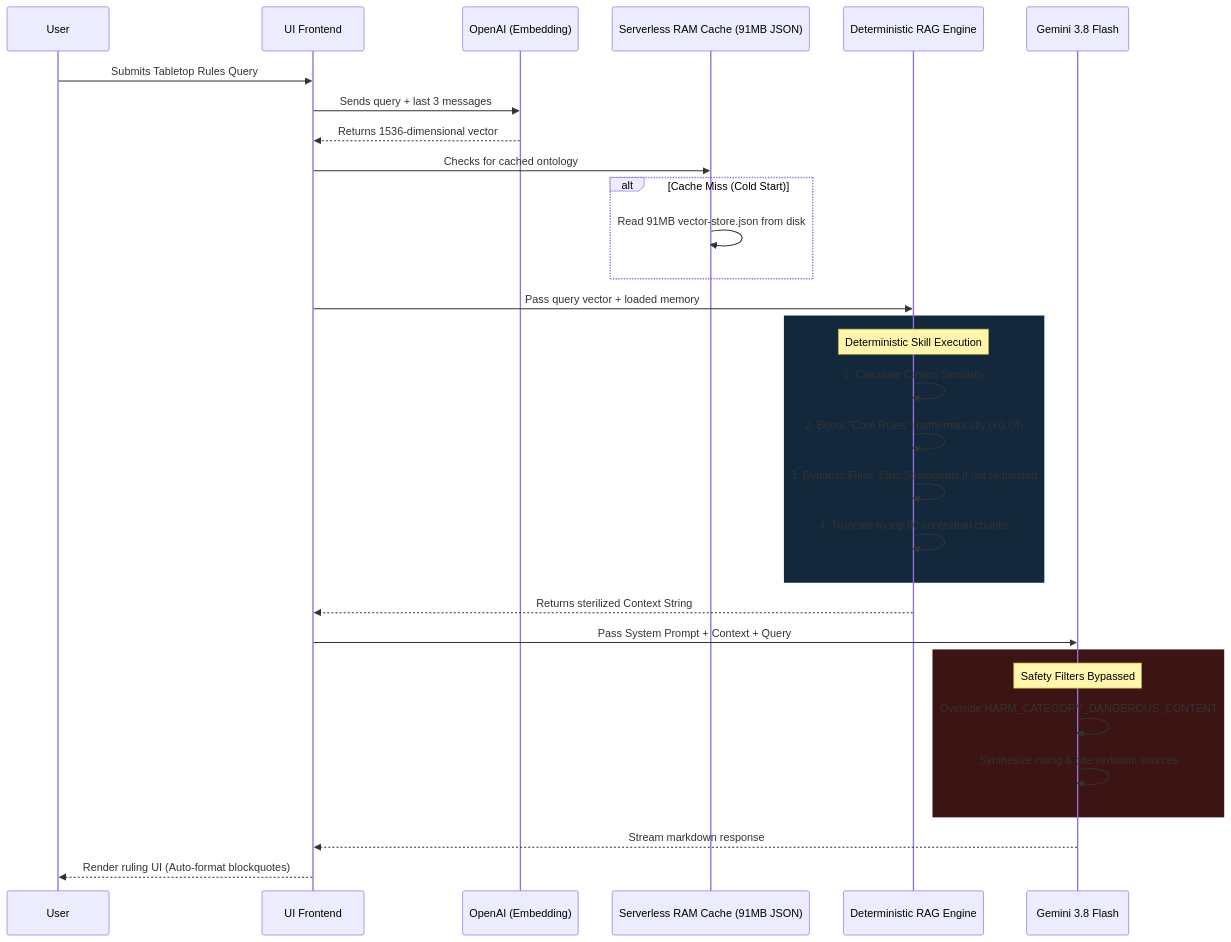
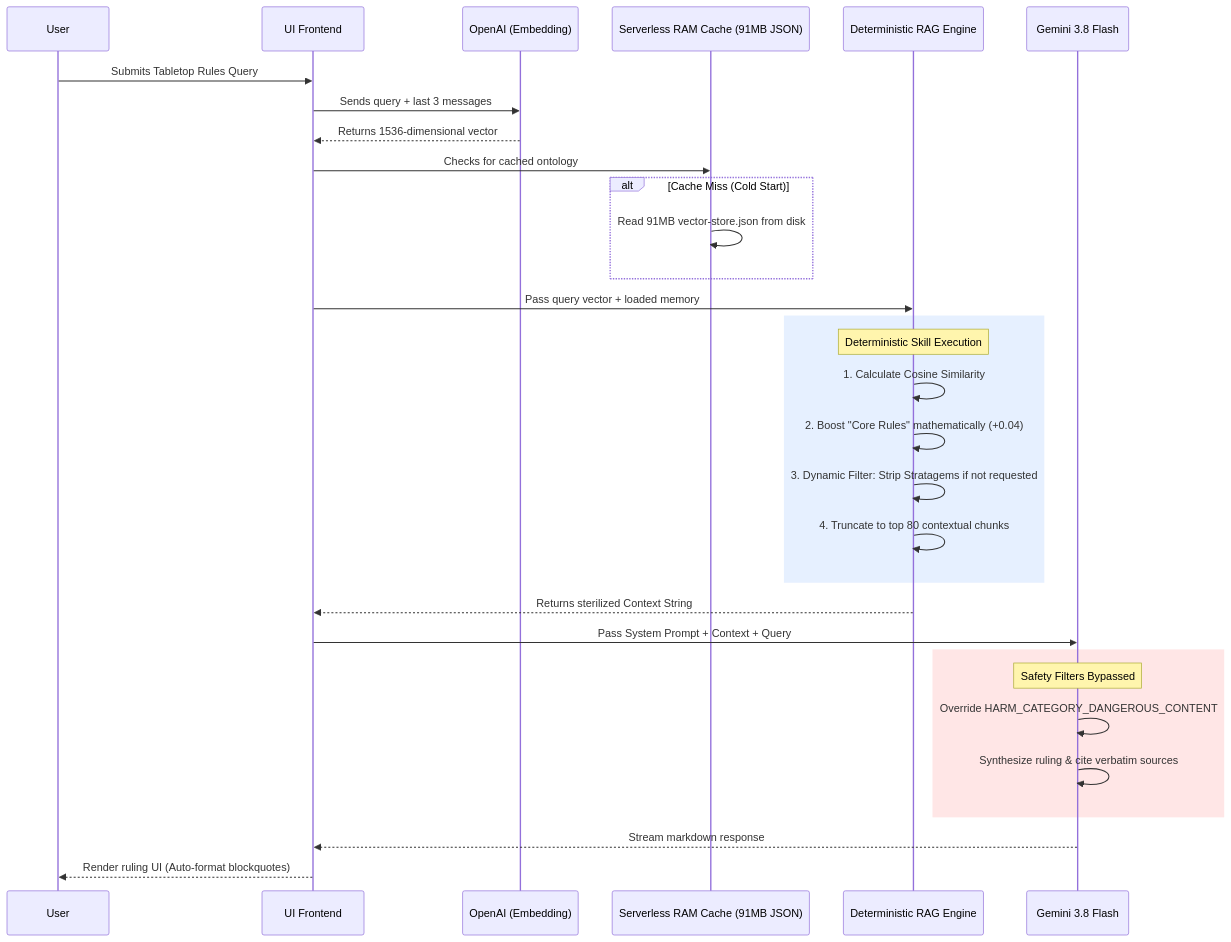
One commit to ThisIsNilla/Omnissiah-40k-Rules-Engine changed the diagram in WORKFLOW.md. Above: the diagram before and after it, drawn with Mermaid. The commit also changed 1 other file, not shown here.

Commit message:
style: updated workflow diagram rect colors to light pastel for better contrast against default black text

````diff
--- a/WORKFLOW.md
+++ b/WORKFLOW.md
@@ -7,41 +7,41 @@
 ```mermaid
 sequenceDiagram
     participant User
     participant NextJS as UI Frontend
     participant Embedder as OpenAI (Embedding)
     participant Memory as Serverless RAM Cache (91MB JSON)
     participant RAG as Deterministic RAG Engine
     participant LLM as Gemini 3.8 Flash
     
     User->>NextJS: Submits Tabletop Rules Query
     NextJS->>Embedder: Sends query + last 3 messages
     Embedder-->>NextJS: Returns 1536-dimensional vector
     
     NextJS->>Memory: Checks for cached ontology
     alt Cache Miss (Cold Start)
         Memory->>Memory: Read 91MB vector-store.json from disk
     end
     
     NextJS->>RAG: Pass query vector + loaded memory
     
-    rect rgb(20, 40, 60)
+    rect rgb(230, 240, 255)
         Note over RAG: Deterministic Skill Execution
         RAG->>RAG: 1. Calculate Cosine Similarity
         RAG->>RAG: 2. Boost "Core Rules" mathematically (+0.04)
         RAG->>RAG: 3. Dynamic Filter: Strip Stratagems if not requested
         RAG->>RAG: 4. Truncate to top 80 contextual chunks
     end
     
     RAG-->>NextJS: Returns sterilized Context String
     
     NextJS->>LLM: Pass System Prompt + Context + Query
     
-    rect rgb(60, 20, 20)
+    rect rgb(255, 230, 230)
         Note over LLM: Safety Filters Bypassed
         LLM->>LLM: Override HARM_CATEGORY_DANGEROUS_CONTENT
         LLM->>LLM: Synthesize ruling & cite verbatim sources
     end
     
     LLM-->>NextJS: Stream markdown response
     NextJS-->>User: Render ruling UI (Auto-format blockquotes)
 ```
````
